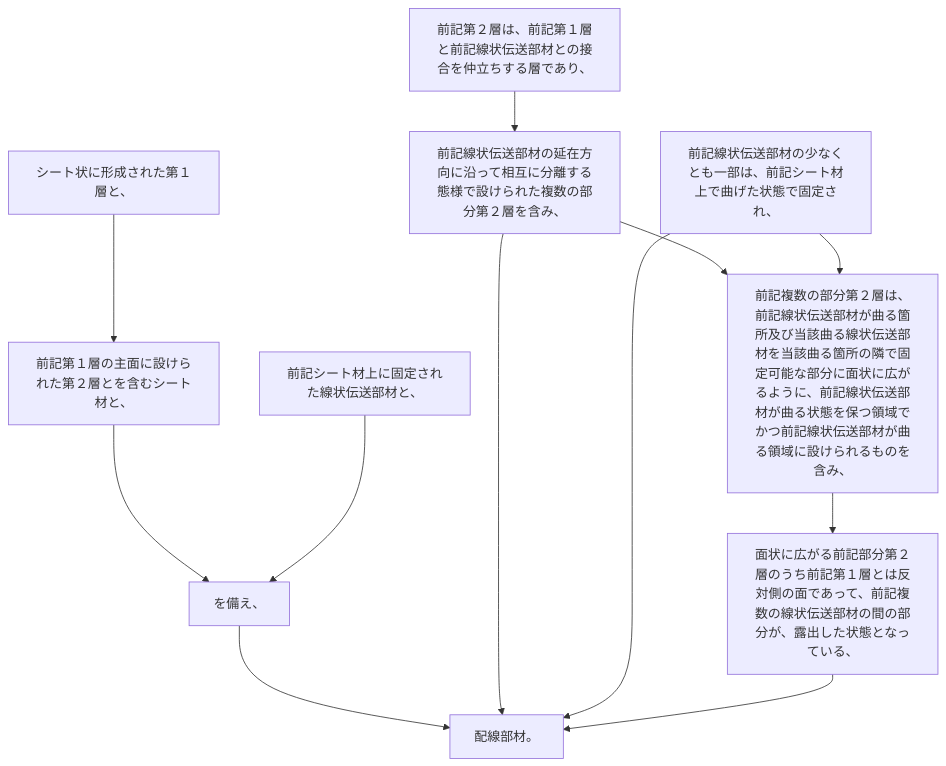
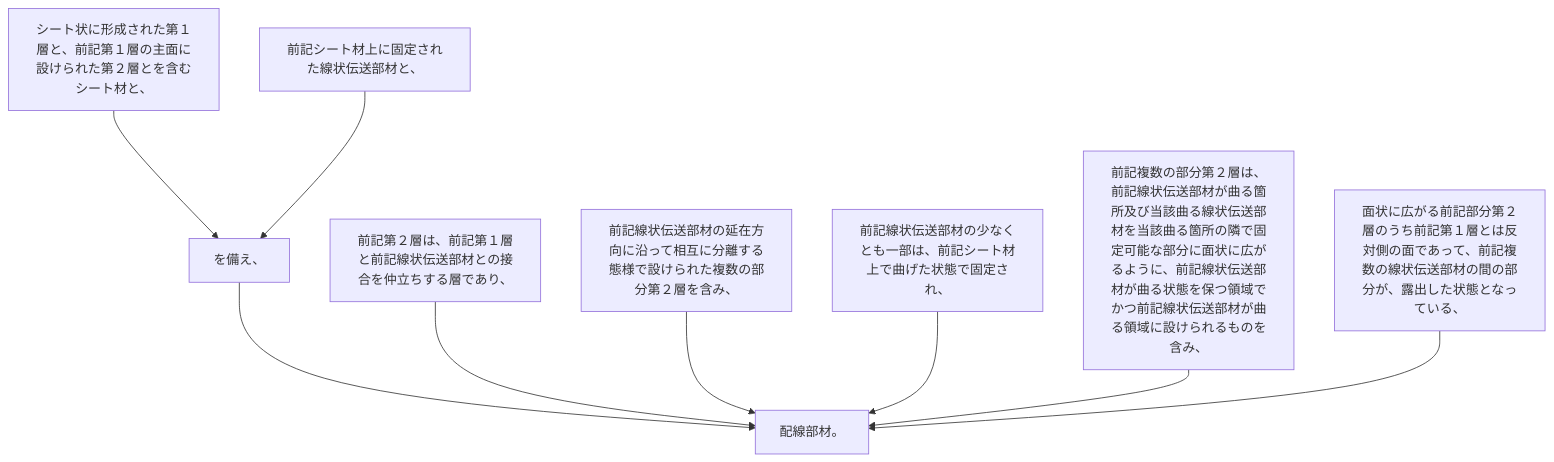
One commit to shinmori55/patent_analyzed changed the diagram in 2024/JP2024001238A/claim_6/README.md. Above: the diagram before and after it, drawn with Mermaid. The commit also changed 10 other files, not shown here.

````diff
--- a/2024/JP2024001238A/claim_6/README.md
+++ b/2024/JP2024001238A/claim_6/README.md
@@ -8,25 +8,20 @@
 ```mermaid
 flowchart TD
-A[シート状に形成された第１層と、]
-B[前記第１層の主面に設けられた第２層とを含むシート材と、]
-C[前記シート材上に固定された線状伝送部材と、]
-D[を備え、]
-E[前記第２層は、前記第１層と前記線状伝送部材との接合を仲立ちする層であり、]
-F[前記線状伝送部材の延在方向に沿って相互に分離する態様で設けられた複数の部分第２層を含み、]
-G[前記線状伝送部材の少なくとも一部は、前記シート材上で曲げた状態で固定され、]
-H[前記複数の部分第２層は、前記線状伝送部材が曲る箇所及び当該曲る線状伝送部材を当該曲る箇所の隣で固定可能な部分に面状に広がるように、前記線状伝送部材が曲る状態を保つ領域でかつ前記線状伝送部材が曲る領域に設けられるものを含み、]
-I[面状に広がる前記部分第２層のうち前記第１層とは反対側の面であって、前記複数の線状伝送部材の間の部分が、露出した状態となっている、]
-J[配線部材。]
-
-A --> B
-B --> D
-C --> D
-D --> J
-E --> F
-F --> H
-G --> H
+A[シート状に形成された第１層と、前記第１層の主面に設けられた第２層とを含むシート材と、]
+B[前記シート材上に固定された線状伝送部材と、]
+C[を備え、]
+D[前記第２層は、前記第１層と前記線状伝送部材との接合を仲立ちする層であり、]
+E[前記線状伝送部材の延在方向に沿って相互に分離する態様で設けられた複数の部分第２層を含み、]
+F[前記線状伝送部材の少なくとも一部は、前記シート材上で曲げた状態で固定され、]
+G[前記複数の部分第２層は、前記線状伝送部材が曲る箇所及び当該曲る線状伝送部材を当該曲る箇所の隣で固定可能な部分に面状に広がるように、前記線状伝送部材が曲る状態を保つ領域でかつ前記線状伝送部材が曲る領域に設けられるものを含み、]
+H[面状に広がる前記部分第２層のうち前記第１層とは反対側の面であって、前記複数の線状伝送部材の間の部分が、露出した状態となっている、]
+I[配線部材。]
+A --> C
+B --> C
+C --> I
+D --> I
+E --> I
+F --> I
+G --> I
 H --> I
-F --> J
-G --> J
-I --> J
 ```
````
